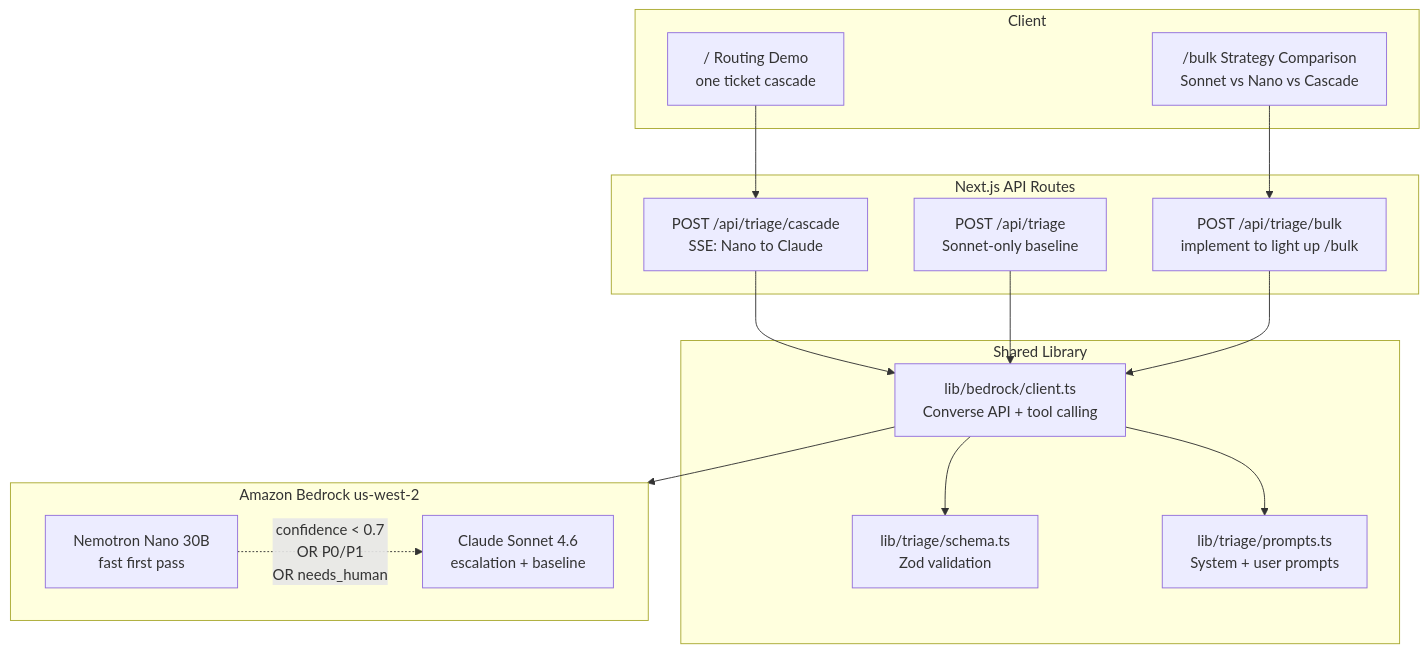
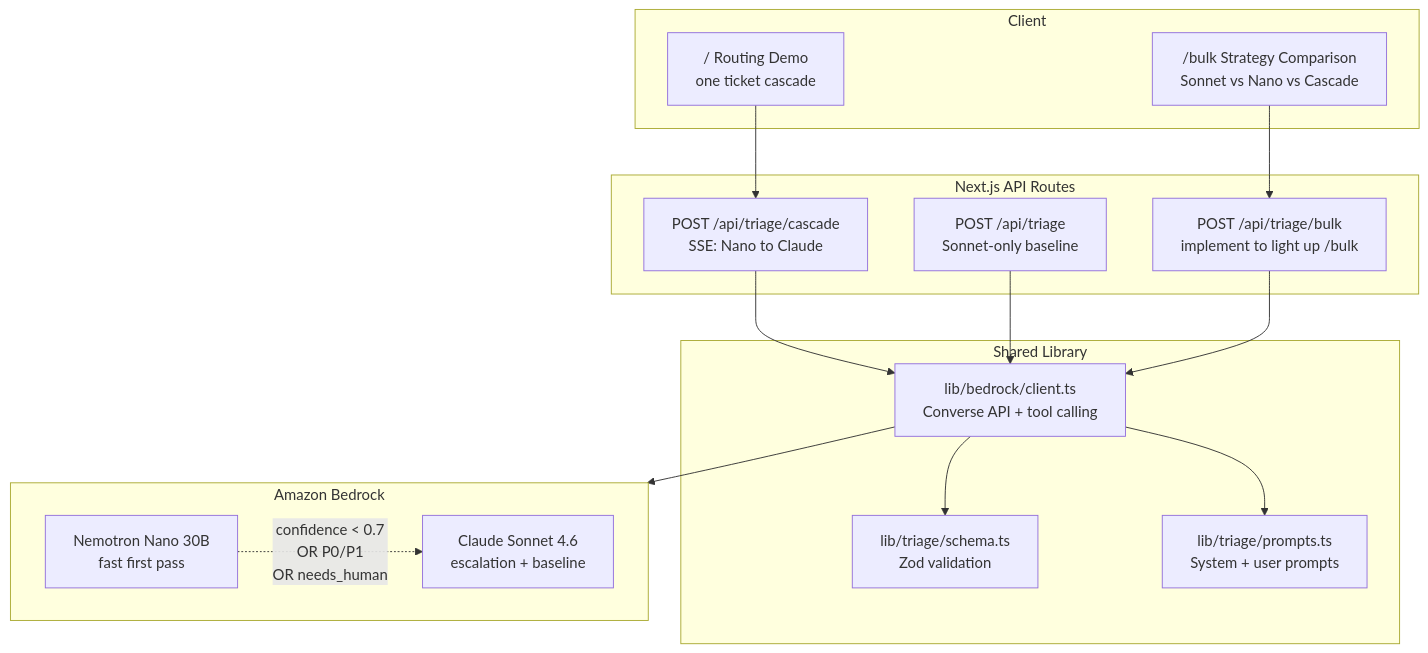
The diagram in README.md (aws-samples/sample-nvidia-nemotron-cascade-workshop), drawn with Mermaid before and after one commit. The commit also changed other lines of this file and 17 other files, not shown here.

````diff
--- a/README.md
+++ b/README.md
@@ -36,35 +36,35 @@
 ```mermaid
 flowchart TB
     subgraph CLIENT["Client"]
         DEMO["/ Routing Demo\none ticket cascade"]
         BULK["/bulk Strategy Comparison\nSonnet vs Nano vs Cascade"]
     end
 
     subgraph API["Next.js API Routes"]
         SINGLE["POST /api/triage\nSonnet-only baseline"]
         CASCADE["POST /api/triage/cascade\nSSE: Nano to Claude"]
         BULKAPI["POST /api/triage/bulk\nimplement to light up /bulk"]
     end
 
     subgraph LIB["Shared Library"]
         CLIENT_LIB["lib/bedrock/client.ts\nConverse API + tool calling"]
         SCHEMA["lib/triage/schema.ts\nZod validation"]
         PROMPTS["lib/triage/prompts.ts\nSystem + user prompts"]
     end
 
-    subgraph BEDROCK["Amazon Bedrock us-west-2"]
+    subgraph BEDROCK["Amazon Bedrock"]
         direction LR
         NANO["Nemotron Nano 30B\nfast first pass"]
         SONNET["Claude Sonnet 4.6\nescalation + baseline"]
     end
 
     DEMO --> CASCADE
     BULK --> BULKAPI
     CASCADE --> CLIENT_LIB
     SINGLE --> CLIENT_LIB
     BULKAPI --> CLIENT_LIB
     CLIENT_LIB --> SCHEMA
     CLIENT_LIB --> PROMPTS
     CLIENT_LIB --> BEDROCK
     NANO -.->|"confidence < 0.7\nOR P0/P1\nOR needs_human"| SONNET
 ```
````
